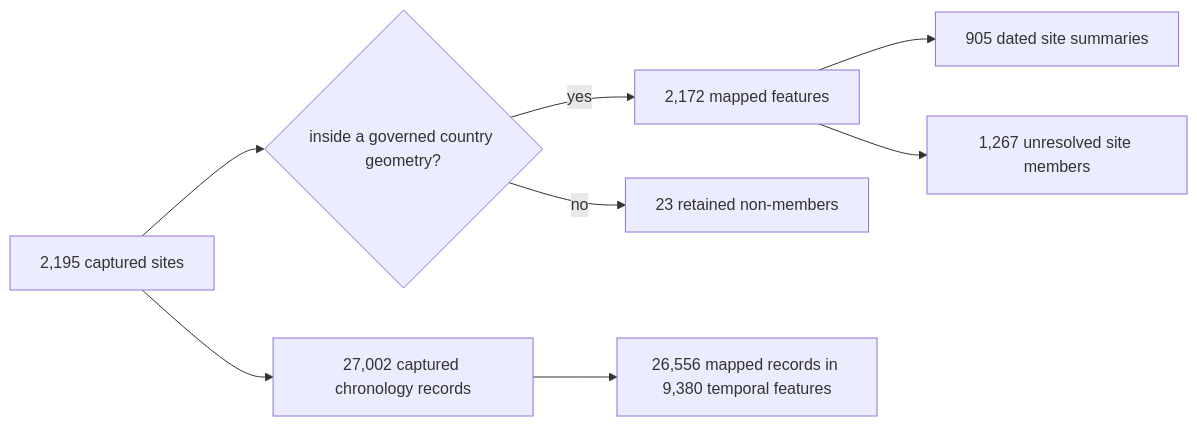
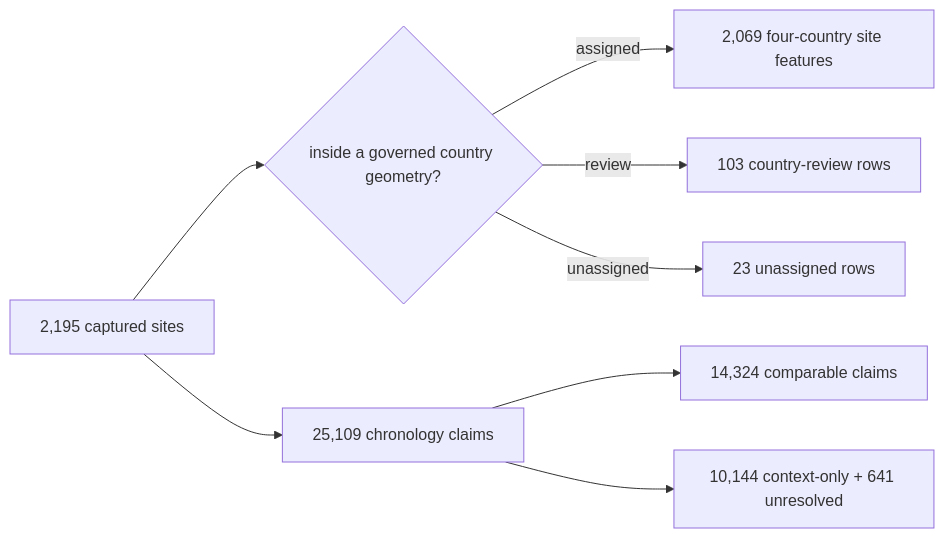
Before and after one commit to bijux/bijux-pollenomics: the third of 3 diagrams in docs/public/pollenomics-data/sources/sead.md, drawn with Mermaid. The commit also changed other lines of this file and 19 other files, not shown here.

````diff
--- a/docs/public/pollenomics-data/sources/sead.md
+++ b/docs/public/pollenomics-data/sources/sead.md
@@ -175,10 +171,10 @@
 ```mermaid
 flowchart LR
     Capture["2,195 captured sites"] --> Coordinate{"inside a governed country geometry?"}
-    Coordinate -->|yes| Map["2,172 mapped features"]
-    Coordinate -->|no| Retained["23 retained non-members"]
-    Map --> Timed["905 dated site summaries"]
-    Map --> Context["1,267 unresolved site members"]
-    Capture --> Chronology["27,002 captured chronology records"]
-    Chronology --> Timeline["26,556 mapped records in 9,380 temporal features"]
+    Coordinate -->|assigned| Map["2,069 four-country site features"]
+    Coordinate -->|review| Review["103 country-review rows"]
+    Coordinate -->|unassigned| Retained["23 unassigned rows"]
+    Capture --> Chronology["25,109 chronology claims"]
+    Chronology --> Comparable["14,324 comparable claims"]
+    Chronology --> Ineligible["10,144 context-only + 641 unresolved"]
 ```
````
